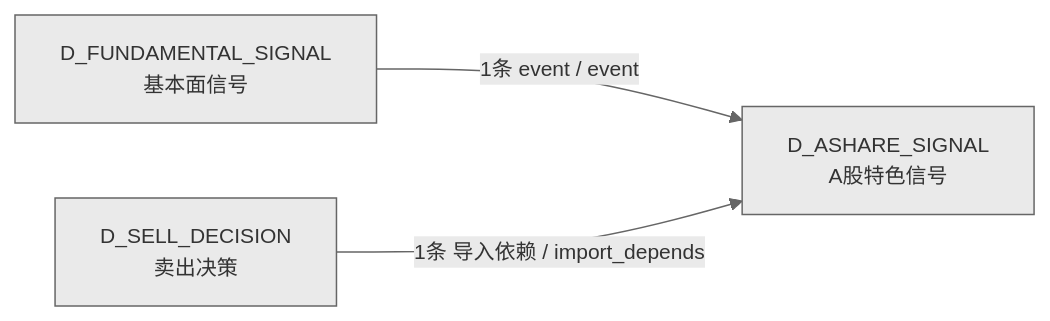
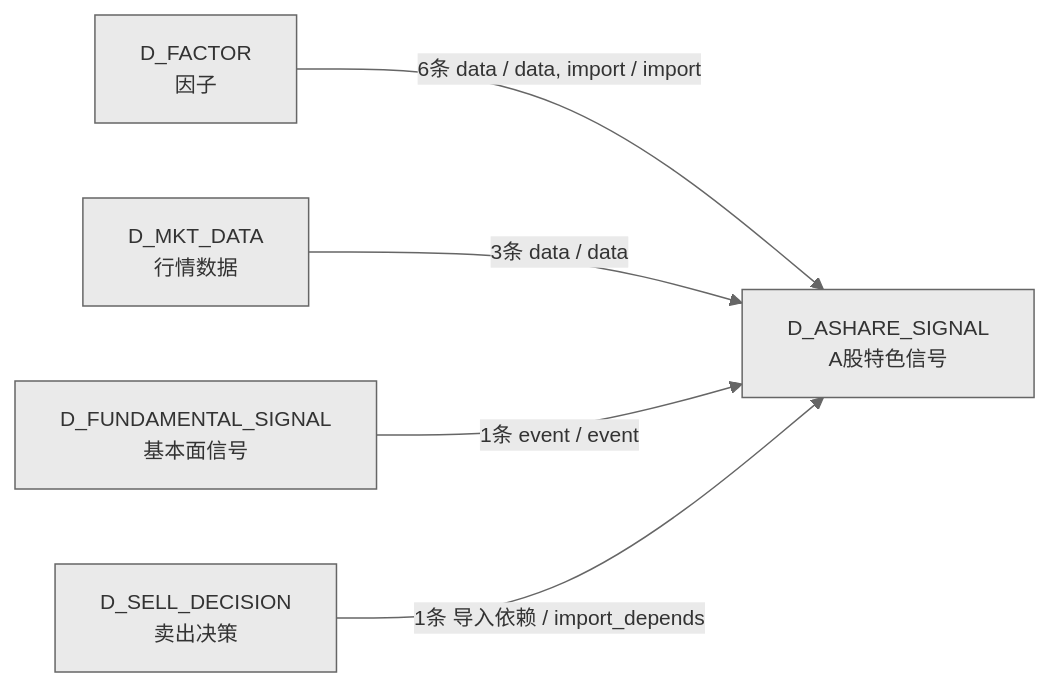
The fourth of 4 diagrams in docs/02_enterprise_architecture/02_domain_architecture_docs/32_d_ashare_signal.md (xuanFelixVan/ZephyrAlpha), drawn with Mermaid before and after one commit. The commit also changed other lines of this file and 49 other files, not shown here.

````diff
--- a/docs/02_enterprise_architecture/02_domain_architecture_docs/32_d_ashare_signal.md
+++ b/docs/02_enterprise_architecture/02_domain_architecture_docs/32_d_ashare_signal.md
@@ -241,9 +287,13 @@
 ```mermaid
 %%{init: {'theme': 'base', 'themeVariables': {'primaryColor': '#eaeaea', 'primaryTextColor': '#333333', 'primaryBorderColor': '#666666', 'lineColor': '#666666', 'secondaryColor': '#eaeaea', 'tertiaryColor': '#eaeaea', 'fontSize': '14px'}}}%%
 graph LR
     D_ASHARE_SIGNAL["D_ASHARE_SIGNAL<br/>A股特色信号"]
+    D_FACTOR["D_FACTOR<br/>因子"]
+    D_MKT_DATA["D_MKT_DATA<br/>行情数据"]
     D_FUNDAMENTAL_SIGNAL["D_FUNDAMENTAL_SIGNAL<br/>基本面信号"]
     D_SELL_DECISION["D_SELL_DECISION<br/>卖出决策"]
+    D_FACTOR -->|6条 data / data, import / import| D_ASHARE_SIGNAL
+    D_MKT_DATA -->|3条 data / data| D_ASHARE_SIGNAL
     D_FUNDAMENTAL_SIGNAL -->|1条 event / event| D_ASHARE_SIGNAL
     D_SELL_DECISION -->|1条 导入依赖 / import_depends| D_ASHARE_SIGNAL
 ```
````
